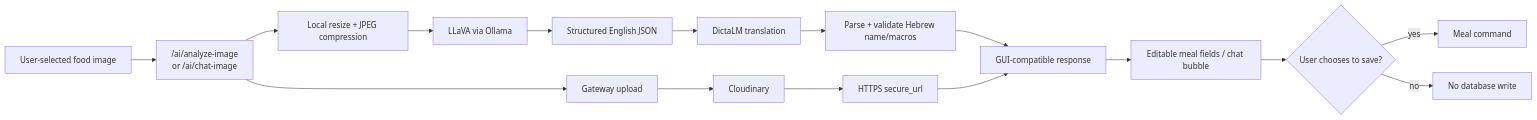
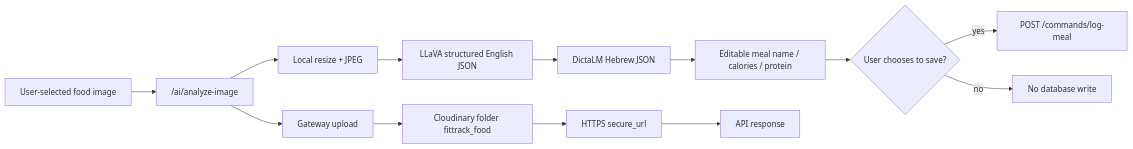
One commit to moriyakaduri/FitTrackAI changed the sixth of 8 diagrams in docs/ARCHITECTURE.md. Above: the diagram before and after it, drawn with Mermaid. The commit also changed other lines of this file and 3 other files, not shown here.

Commit message:
docs: align product and architecture docs with current main

````diff
--- a/docs/ARCHITECTURE.md
+++ b/docs/ARCHITECTURE.md
@@ -160,19 +202,15 @@
 ```mermaid
 flowchart LR
-    Image["User-selected food image"] --> Endpoint["/ai/analyze-image\nor /ai/chat-image"]
+    Image["User-selected food image"] --> Endpoint["/ai/analyze-image"]
     Endpoint --> Upload["Gateway upload"]
-    Upload --> Cloudinary["Cloudinary"]
+    Upload --> Cloudinary["Cloudinary folder fittrack_food"]
     Cloudinary --> URL["HTTPS secure_url"]
-
-    Endpoint --> Compress["Local resize + JPEG compression"]
-    Compress --> LLaVA["LLaVA via Ollama"]
-    LLaVA --> English["Structured English JSON"]
-    English --> DictaLM["DictaLM translation"]
-    DictaLM --> Validate["Parse + validate Hebrew name/macros"]
-    Validate --> Response["GUI-compatible response"]
-    URL --> Response
-    Response --> Edit["Editable meal fields / chat bubble"]
-    Edit --> Save{"User chooses to save?"}
-    Save -->|yes| Command["Meal command"]
+    Endpoint --> Compress["Local resize + JPEG"]
+    Compress --> LLaVA["LLaVA structured English JSON"]
+    LLaVA --> DictaLM["DictaLM Hebrew JSON"]
+    DictaLM --> Fields["Editable meal name / calories / protein"]
+    URL --> API["API response"]
+    Fields --> Save{"User chooses to save?"}
+    Save -->|yes| Command["POST /commands/log-meal"]
     Save -->|no| End["No database write"]
 ```
````
